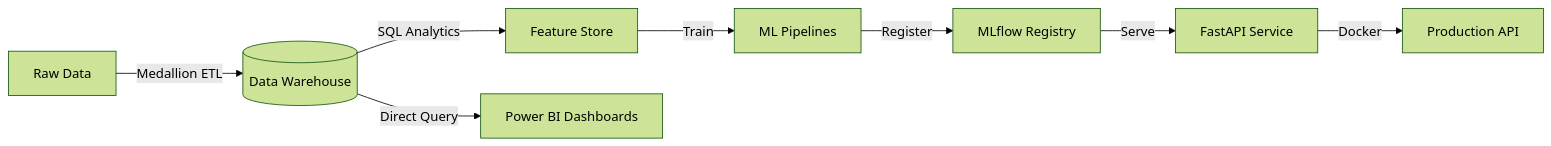
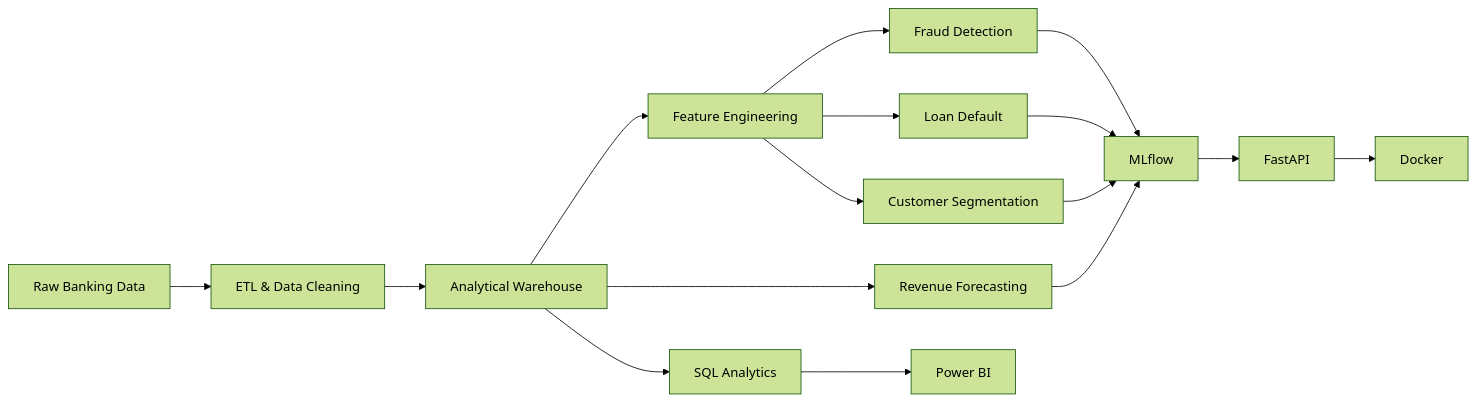
The diagram in README.md (sowmyadasar1/enterprise-banking-risk-customer-intelligence-platform), drawn with Mermaid (forest theme) before and after one commit. The commit also changed other lines of this file, not shown here.

````diff
--- a/README.md
+++ b/README.md
@@ -39,10 +61,39 @@
 ```mermaid
-graph LR
-    A[Raw Data] -->|Medallion ETL| B[(Data Warehouse)]
-    B -->|SQL Analytics| C[Feature Store]
-    B -->|Direct Query| D[Power BI Dashboards]
-    C -->|Train| E[ML Pipelines]
-    E -->|Register| F[MLflow Registry]
-    F -->|Serve| G[FastAPI Service]
-    G -->|Docker| H[Production API]
+flowchart LR
+
+    A[Raw Banking Data]
+    B[ETL & Data Cleaning]
+    C[Analytical Warehouse]
+    D[SQL Analytics]
+    E[Feature Engineering]
+
+    F[Fraud Detection]
+    G[Loan Default]
+    H[Customer Segmentation]
+    I[Revenue Forecasting]
+
+    J[Power BI]
+    K[MLflow]
+    L[FastAPI]
+    M[Docker]
+
+    A --> B
+    B --> C
+    C --> D
+    C --> E
+
+    E --> F
+    E --> G
+    E --> H
+    C --> I
+
+    D --> J
+
+    F --> K
+    G --> K
+    H --> K
+    I --> K
+
+    K --> L
+    L --> M
 ```
````
